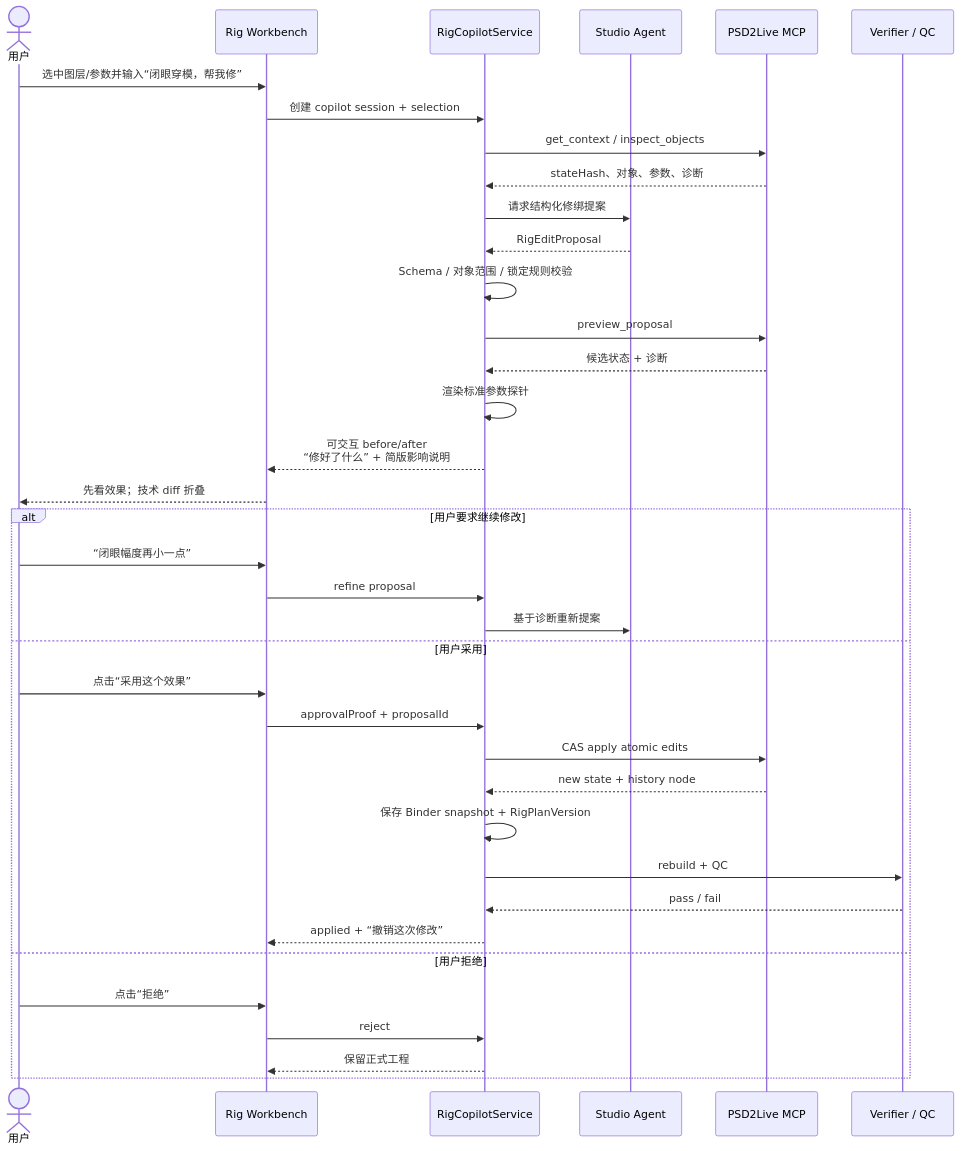
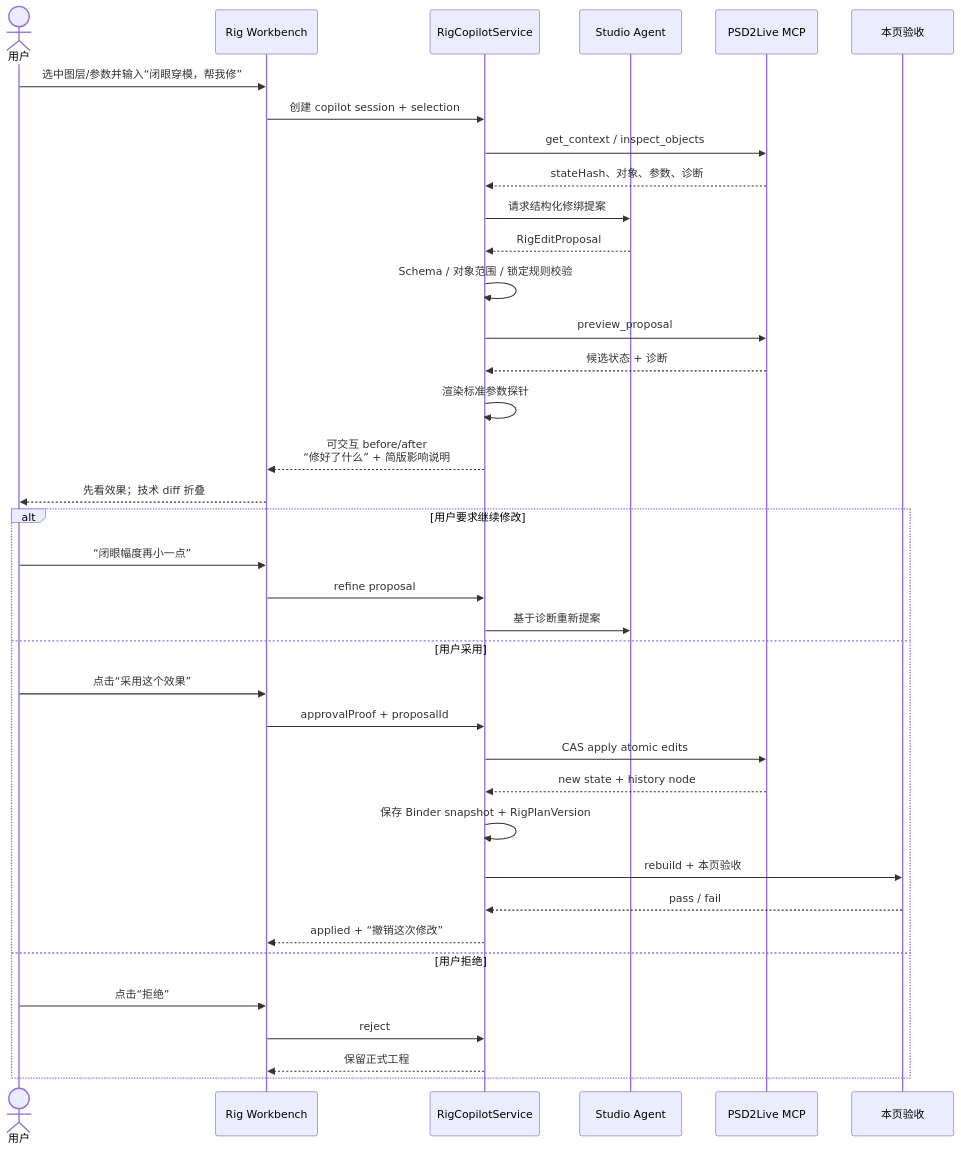
The ninth of 21 diagrams in docs/architecture/2026-11-08-stage-workflows.md (fupingyezi/agent2live), drawn with Mermaid before and after one commit. The commit also changed other lines of this file and 11 other files, not shown here.

Commit message:
docs: update live2D workbench architecture

````diff
--- a/docs/architecture/2026-11-08-stage-workflows.md
+++ b/docs/architecture/2026-11-08-stage-workflows.md
@@ -362,40 +348,40 @@
 ```mermaid
 sequenceDiagram
   actor U as 用户
   participant UI as Rig Workbench
   participant API as RigCopilotService
   participant AI as Studio Agent
   participant MCP as PSD2Live MCP
-  participant QA as Verifier / QC
+  participant QA as 本页验收
 
   U->>UI: 选中图层/参数并输入“闭眼穿模，帮我修”
   UI->>API: 创建 copilot session + selection
   API->>MCP: get_context / inspect_objects
   MCP-->>API: stateHash、对象、参数、诊断
   API->>AI: 请求结构化修绑提案
   AI-->>API: RigEditProposal
   API->>API: Schema / 对象范围 / 锁定规则校验
   API->>MCP: preview_proposal
   MCP-->>API: 候选状态 + 诊断
   API->>API: 渲染标准参数探针
   API-->>UI: 可交互 before/after<br/>“修好了什么” + 简版影响说明
   UI-->>U: 先看效果；技术 diff 折叠
   alt 用户要求继续修改
     U->>UI: “闭眼幅度再小一点”
     UI->>API: refine proposal
     API->>AI: 基于诊断重新提案
   else 用户采用
     U->>UI: 点击“采用这个效果”
     UI->>API: approvalProof + proposalId
     API->>MCP: CAS apply atomic edits
     MCP-->>API: new state + history node
     API->>API: 保存 Binder snapshot + RigPlanVersion
-    API->>QA: rebuild + QC
+    API->>QA: rebuild + 本页验收
     QA-->>API: pass / fail
     API-->>UI: applied + “撤销这次修改”
   else 用户拒绝
     U->>UI: 点击“拒绝”
     UI->>API: reject
     API-->>UI: 保留正式工程
   end
 ```
````
